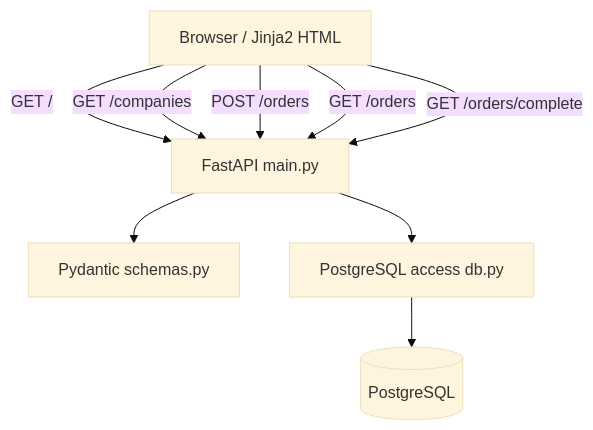
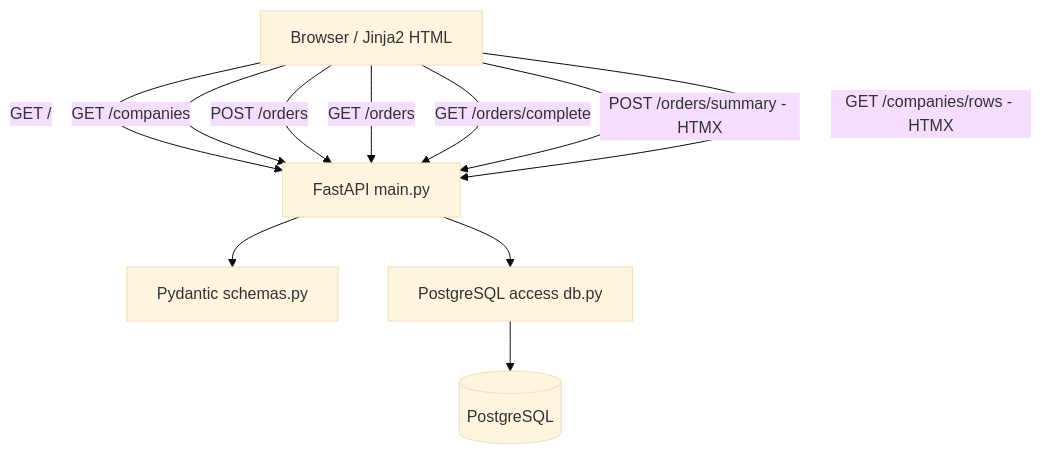
Before and after one commit to gyakusu/fastapi-postgres-demo: the eighth of 9 diagrams in README.md, drawn with Mermaid (base theme). The commit also changed other lines of this file and 10 other files, not shown here.

````diff
--- a/README.md
+++ b/README.md
@@ -810,18 +951,20 @@
 ```mermaid
 flowchart TD
     UI[Browser / Jinja2 HTML]
     API[FastAPI main.py]
     MODEL[Pydantic schemas.py]
     DBLAYER[PostgreSQL access db.py]
     DB[(PostgreSQL)]
 
     UI -->|GET /| API
     UI -->|GET /companies| API
     UI -->|POST /orders| API
     UI -->|GET /orders| API
     UI -->|GET /orders/complete| API
+    UI -->|POST /orders/summary - HTMX| API
+    UI -->|GET /companies/rows - HTMX| API
 
     API --> MODEL
     API --> DBLAYER
     DBLAYER --> DB
 ```
````
